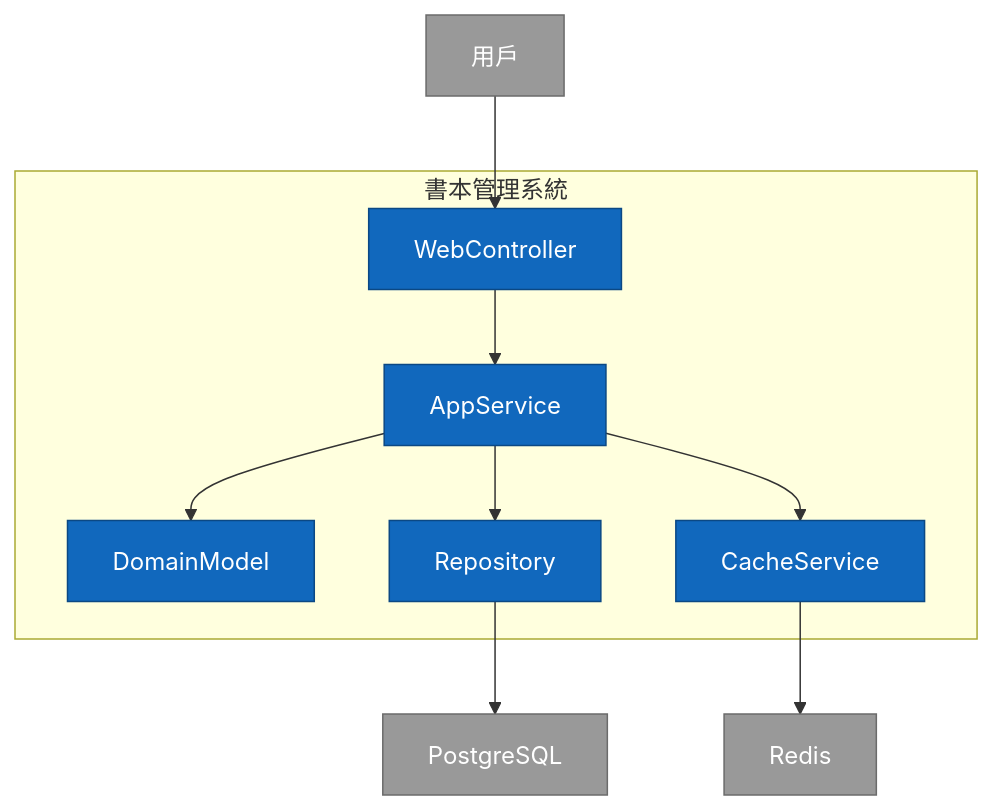
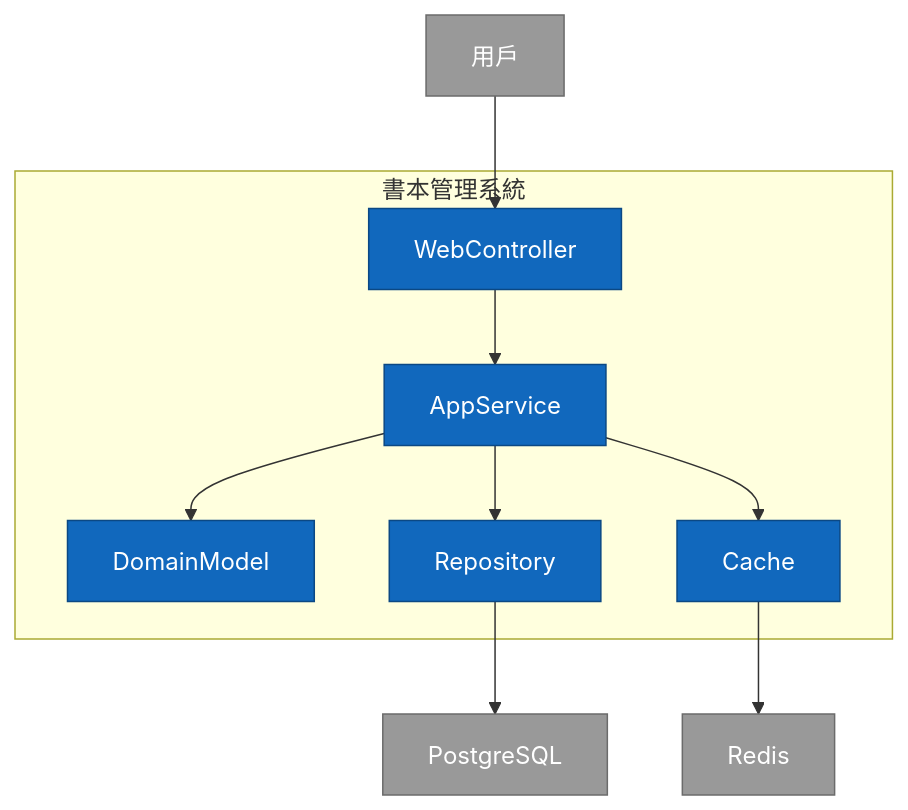
Before and after one commit to samzhu/demo-springboot-250613: the first of 4 diagrams in README.md, drawn with Mermaid.

Commit message:
更新 README.md 文件，將「CacheService」更名為「Cache」，並調整相關圖示中的引用，以提升內容的一致性與可讀性。

````diff
--- a/README.md
+++ b/README.md
@@ -17,24 +17,24 @@
 ```mermaid
 graph TB
     subgraph "書本管理系統"
         WebController
         AppService
         DomainModel
         Repository
-        CacheService
+        Cache
     end
 
     User["用戶"] --> WebController
     WebController --> AppService
     AppService --> DomainModel
     AppService --> Repository
-    AppService --> CacheService
+    AppService --> Cache
     Repository --> PostgreSQL
-    CacheService --> Redis
+    Cache --> Redis
 
     classDef container fill:#1168bd,stroke:#0b4884,color:#ffffff
     classDef external fill:#999999,stroke:#6b6b6b,color:#ffffff
 
-    class WebController,AppService,DomainModel,Repository,CacheService container
+    class WebController,AppService,DomainModel,Repository,Cache container
     class User,PostgreSQL,Redis external
 ```
````
